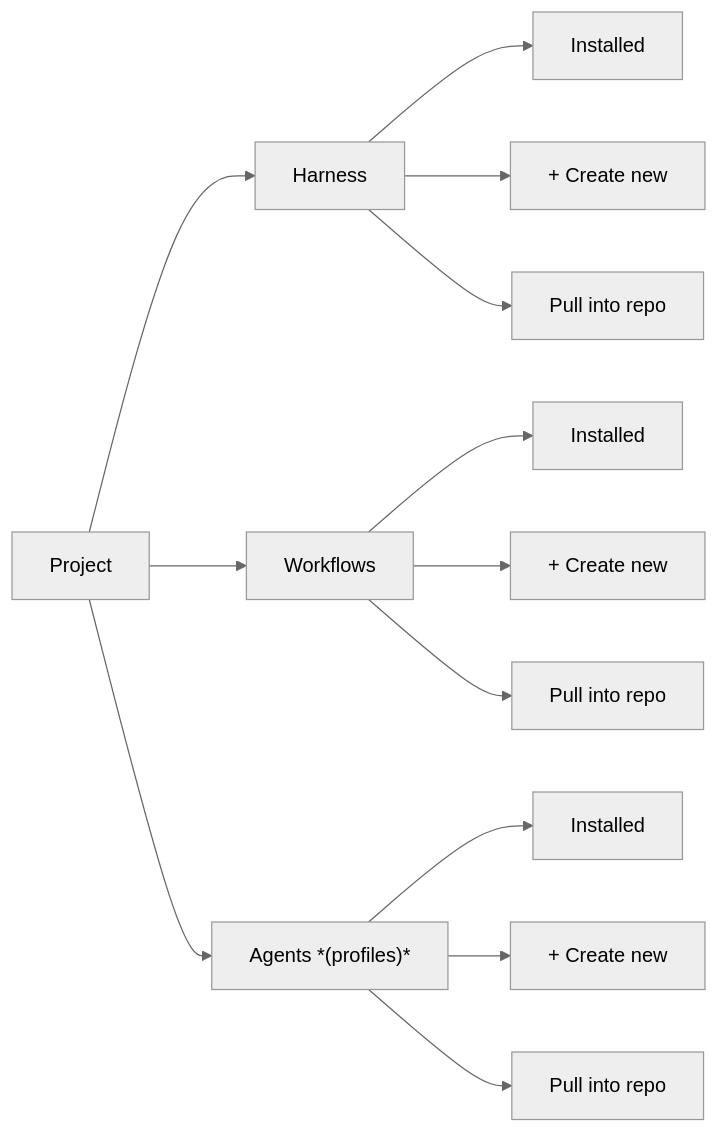
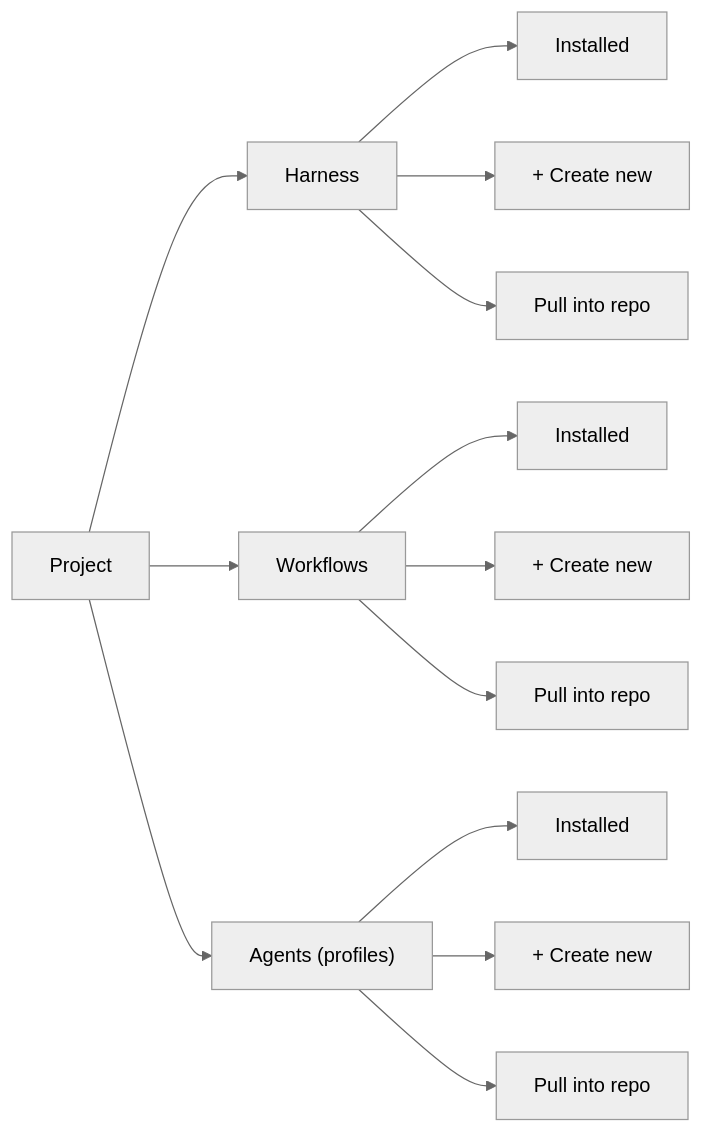
Before and after one commit to thiennp/daily-magic: the second of 2 diagrams in docs/product/projects-view-wireframes-v2.md, drawn with Mermaid (neutral theme).

Commit message:
docs(product): drop markdown emphasis in mermaid node label
Mermaid does not render markdown italics in node labels by default;
literal asterisks would show up in the rendered diagram.

````diff
--- a/docs/product/projects-view-wireframes-v2.md
+++ b/docs/product/projects-view-wireframes-v2.md
@@ -78,15 +78,15 @@
 ```mermaid
 flowchart LR
     P[Project] --> H[Harness]
     P --> W[Workflows]
-    P --> AG["Agents *(profiles)*"]
+    P --> AG["Agents (profiles)"]
     H --> H1[Installed]
     H --> H2["+ Create new"]
     H --> H3["Pull into repo"]
     W --> W1[Installed]
     W --> W2["+ Create new"]
     W --> W3["Pull into repo"]
     AG --> AG1[Installed]
     AG --> AG2["+ Create new"]
     AG --> AG3["Pull into repo"]
 ```
````
